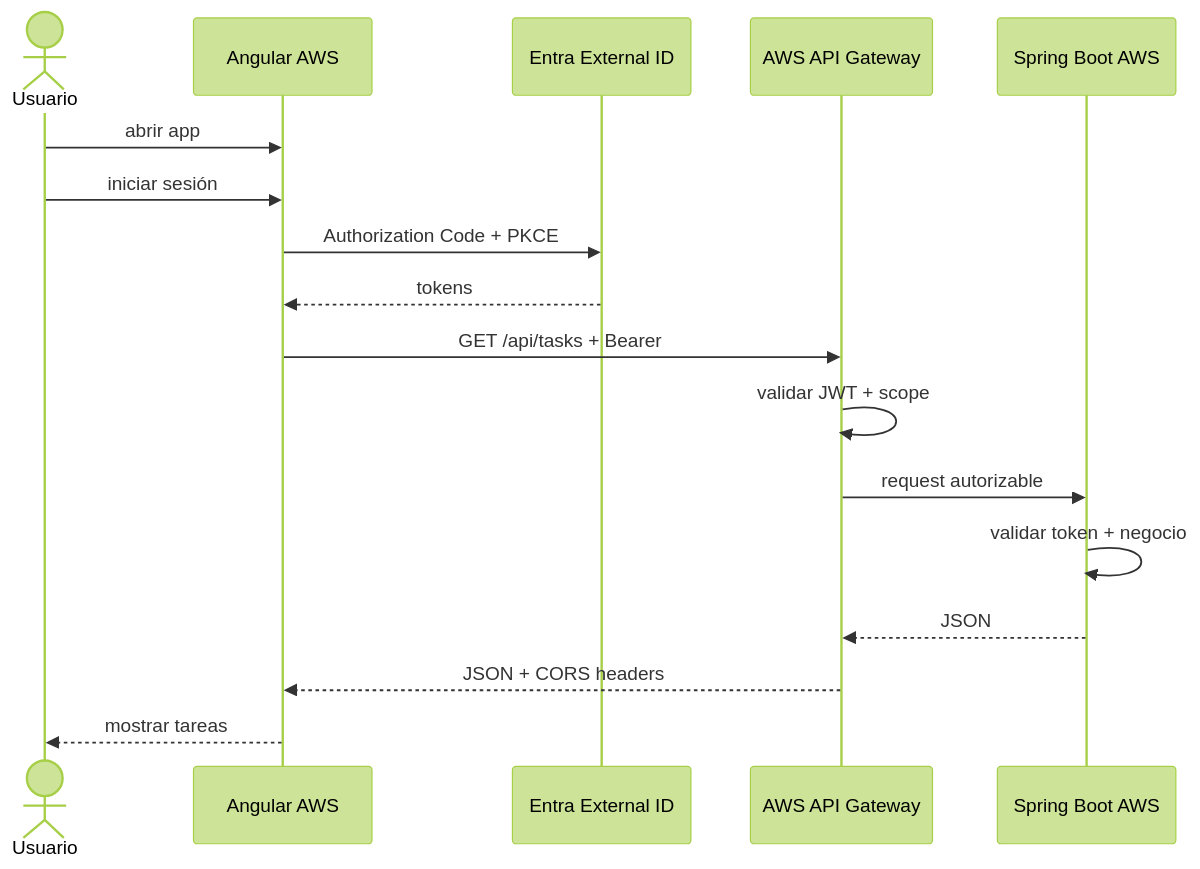
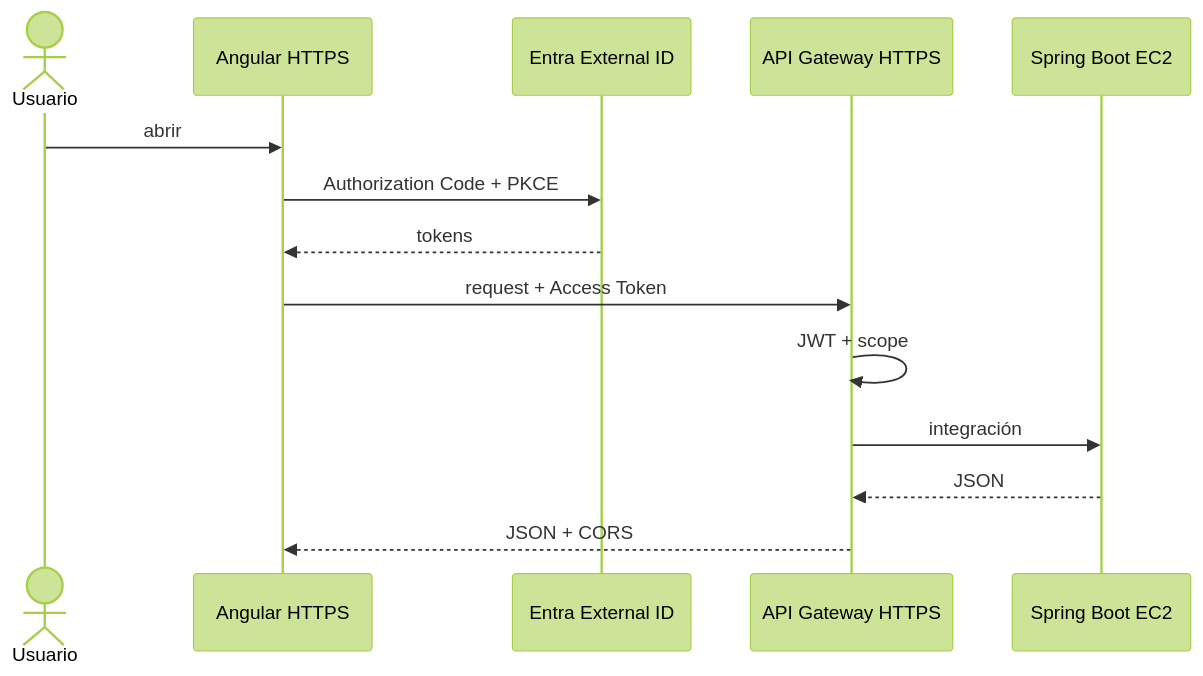
One commit to cmartinezs/DSY1107-DESARROLLO-CLOUD-NATIVE-I-2026-2 changed the diagram in guias-integradas/ev1/08-frontend-cloud-e2e.md. Above: the diagram before and after it, drawn with Mermaid (forest theme). The commit also changed other lines of this file, not shown here.

````diff
--- a/guias-integradas/ev1/08-frontend-cloud-e2e.md
+++ b/guias-integradas/ev1/08-frontend-cloud-e2e.md
@@ -75,20 +63,17 @@
 ```mermaid
 sequenceDiagram
     actor U as Usuario
-    participant F as Angular AWS
+    participant F as Angular HTTPS
     participant E as Entra External ID
-    participant G as AWS API Gateway
-    participant B as Spring Boot AWS
+    participant G as API Gateway HTTPS
+    participant B as Spring Boot EC2
 
-    U->>F: abrir app
-    U->>F: iniciar sesión
+    U->>F: abrir
     F->>E: Authorization Code + PKCE
     E-->>F: tokens
-    F->>G: GET /api/tasks + Bearer
-    G->>G: validar JWT + scope
-    G->>B: request autorizable
-    B->>B: validar token + negocio
+    F->>G: request + Access Token
+    G->>G: JWT + scope
+    G->>B: integración
     B-->>G: JSON
-    G-->>F: JSON + CORS headers
-    F-->>U: mostrar tareas
+    G-->>F: JSON + CORS
 ```
````
